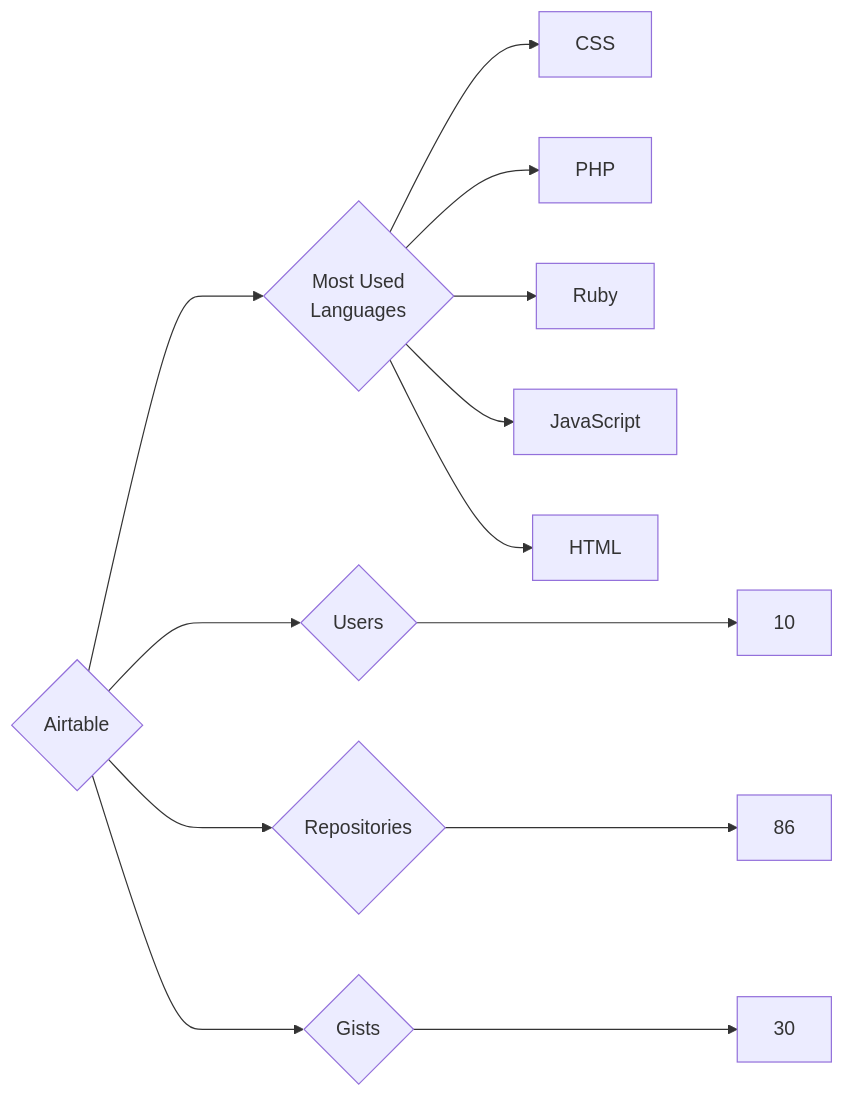
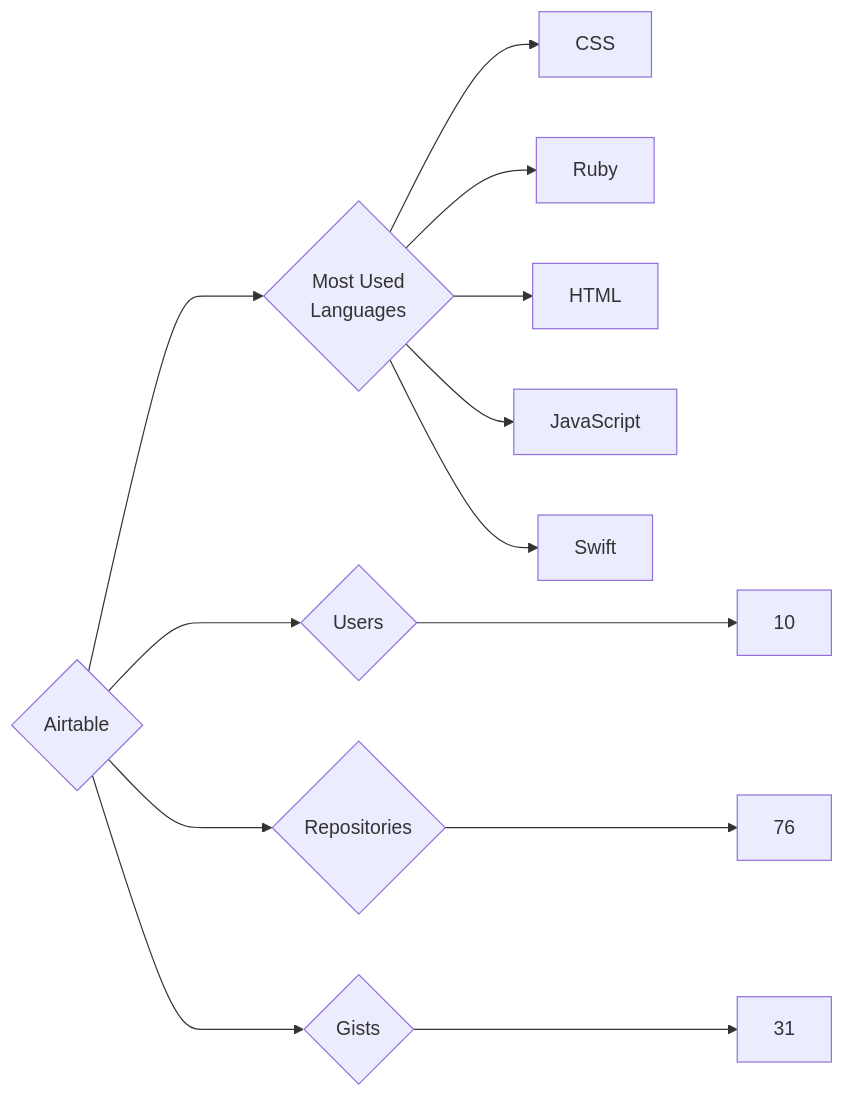
One commit to trickest/insiders changed the diagram in targets/Airtable/README.md. Above: the diagram before and after it, drawn with Mermaid. The commit also changed 873 other files, not shown here.

````diff
--- a/targets/Airtable/README.md
+++ b/targets/Airtable/README.md
@@ -3,13 +3,13 @@
 ```mermaid
 graph LR
 COMPANY_NAME{Airtable}
 COMPANY_NAME ---> U{Users} ---> UN[10]
-COMPANY_NAME ---> R{Repositories} ---> RN[86]
-COMPANY_NAME ---> G{Gists} ---> GN[30]
+COMPANY_NAME ---> R{Repositories} ---> RN[76]
+COMPANY_NAME ---> G{Gists} ---> GN[31]
 COMPANY_NAME ---> ML{Most Used<br>Languages}
 ML --> CSS[CSS]
-ML --> PHP[PHP]
 ML --> Ruby[Ruby]
+ML --> HTML[HTML]
 ML --> JavaScript[JavaScript]
-ML --> HTML[HTML]
+ML --> Swift[Swift]
 ```
````
